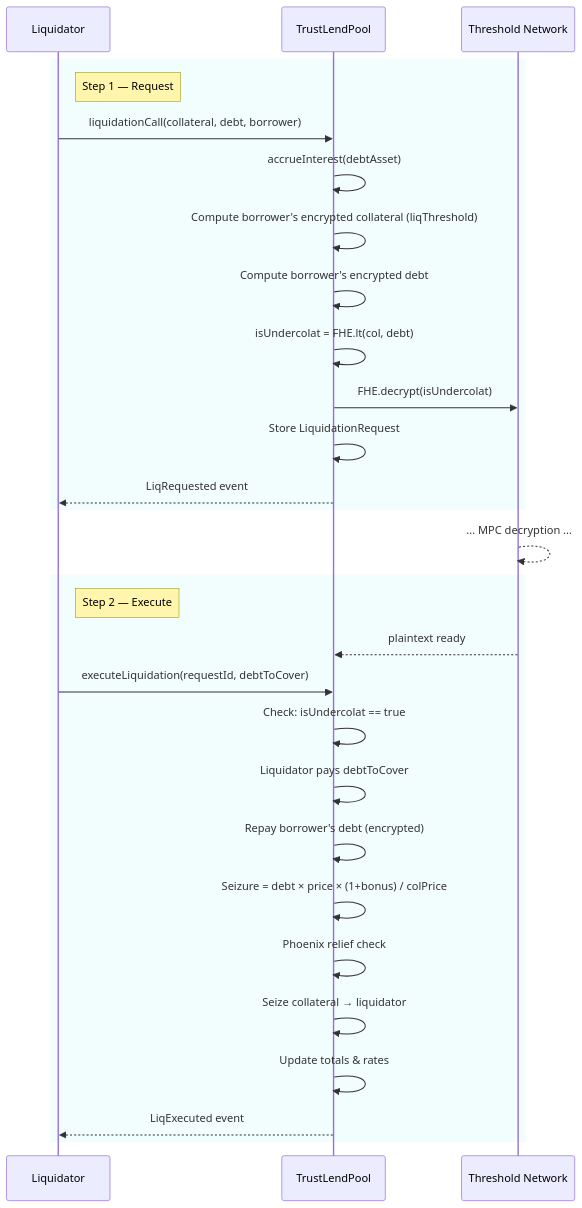
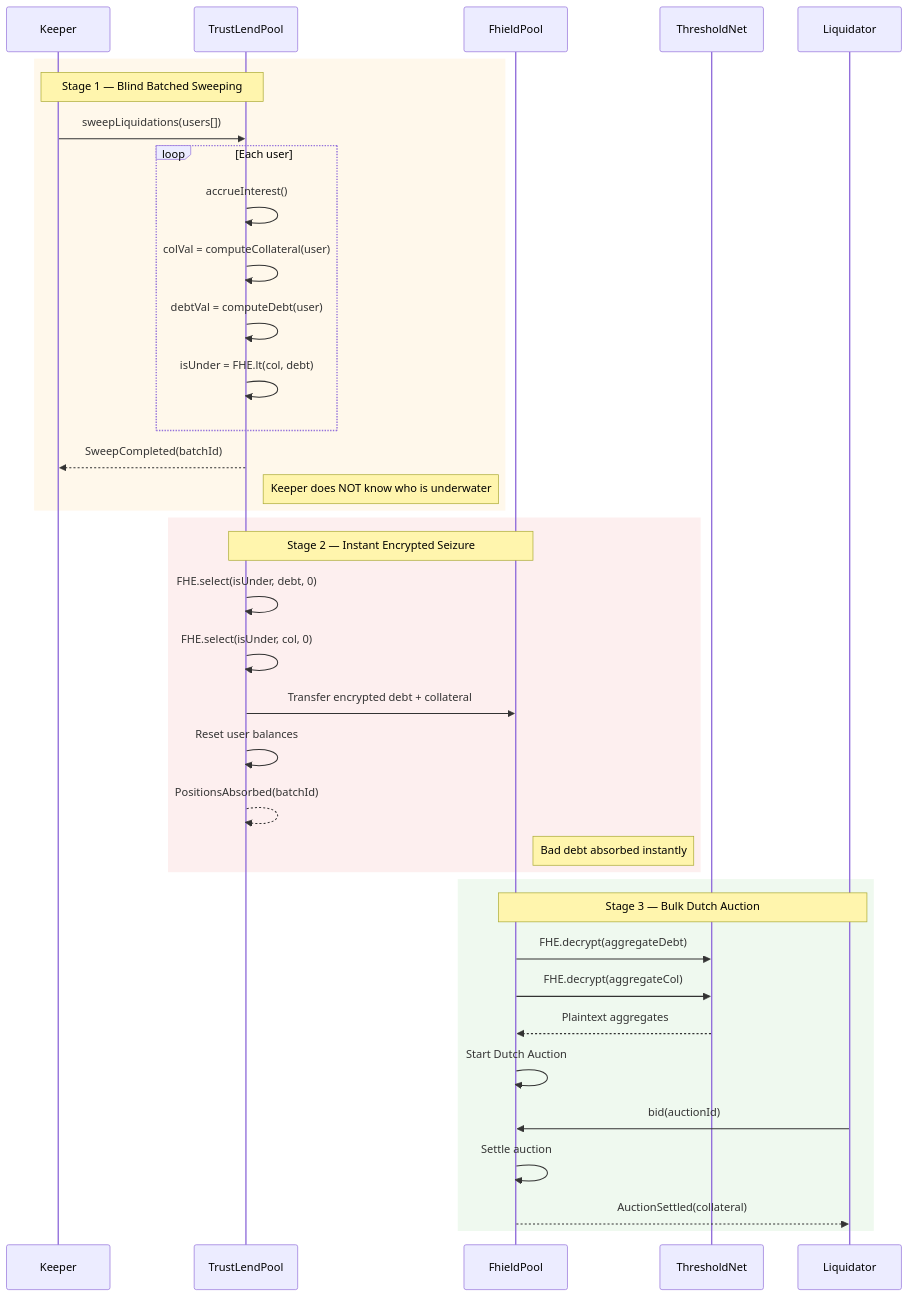
Before and after one commit to PhuocNG0308/fhield: the first of 2 diagrams in fhield-docs/docs/devdocs/User Flows/Liquidation.md, drawn with Mermaid. The commit also changed other lines of this file and 24 other files, not shown here.

````diff
--- a/fhield-docs/docs/devdocs/User Flows/Liquidation.md
+++ b/fhield-docs/docs/devdocs/User Flows/Liquidation.md
@@ -12,34 +46,42 @@
 ```mermaid
 sequenceDiagram
-    participant Liquidator
-    participant TrustLendPool
-    participant Threshold Network
+    participant Keeper as Keeper
+    participant Pool as TrustLendPool
+    participant fhield as FhieldPool
+    participant TN as ThresholdNet
+    participant Liq as Liquidator
 
-    rect rgba(10, 217, 220, 0.05)
-    note right of Liquidator: Step 1 — Request
-    Liquidator->>TrustLendPool: liquidationCall(collateral, debt, borrower)
-    TrustLendPool->>TrustLendPool: accrueInterest(debtAsset)
-    TrustLendPool->>TrustLendPool: Compute borrower's encrypted collateral (liqThreshold)
-    TrustLendPool->>TrustLendPool: Compute borrower's encrypted debt
-    TrustLendPool->>TrustLendPool: isUndercolat = FHE.lt(col, debt)
-    TrustLendPool->>Threshold Network: FHE.decrypt(isUndercolat)
-    TrustLendPool->>TrustLendPool: Store LiquidationRequest
-    TrustLendPool-->>Liquidator: LiqRequested event
+    rect rgba(255, 165, 0, 0.08)
+    note over Keeper,Pool: Stage 1 — Blind Batched Sweeping
+    Keeper->>Pool: sweepLiquidations(users[])
+    loop Each user
+        Pool->>Pool: accrueInterest()
+        Pool->>Pool: colVal = computeCollateral(user)
+        Pool->>Pool: debtVal = computeDebt(user)
+        Pool->>Pool: isUnder = FHE.lt(col, debt)
+    end
+    Pool-->>Keeper: SweepCompleted(batchId)
+    note right of Pool: Keeper does NOT know who is underwater
     end
 
-    Threshold Network-->>Threshold Network: ... MPC decryption ...
+    rect rgba(220, 50, 50, 0.08)
+    note over Pool,fhield: Stage 2 — Instant Encrypted Seizure
+    Pool->>Pool: FHE.select(isUnder, debt, 0)
+    Pool->>Pool: FHE.select(isUnder, col, 0)
+    Pool->>fhield: Transfer encrypted debt + collateral
+    Pool->>Pool: Reset user balances
+    Pool-->>Pool: PositionsAbsorbed(batchId)
+    note right of fhield: Bad debt absorbed instantly
+    end
 
-    rect rgba(10, 217, 220, 0.05)
-    note right of Liquidator: Step 2 — Execute
-    Threshold Network-->>TrustLendPool: plaintext ready
-    Liquidator->>TrustLendPool: executeLiquidation(requestId, debtToCover)
-    TrustLendPool->>TrustLendPool: Check: isUndercolat == true
-    TrustLendPool->>TrustLendPool: Liquidator pays debtToCover
-    TrustLendPool->>TrustLendPool: Repay borrower's debt (encrypted)
-    TrustLendPool->>TrustLendPool: Seizure = debt × price × (1+bonus) / colPrice
-    TrustLendPool->>TrustLendPool: Phoenix relief check
-    TrustLendPool->>TrustLendPool: Seize collateral → liquidator
-    TrustLendPool->>TrustLendPool: Update totals & rates
-    TrustLendPool-->>Liquidator: LiqExecuted event
+    rect rgba(50, 180, 50, 0.08)
+    note over fhield,Liq: Stage 3 — Bulk Dutch Auction
+    fhield->>TN: FHE.decrypt(aggregateDebt)
+    fhield->>TN: FHE.decrypt(aggregateCol)
+    TN-->>fhield: Plaintext aggregates
+    fhield->>fhield: Start Dutch Auction
+    Liq->>fhield: bid(auctionId)
+    fhield->>fhield: Settle auction
+    fhield-->>Liq: AuctionSettled(collateral)
     end
 ```
````
